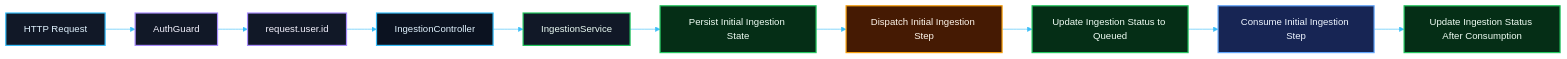
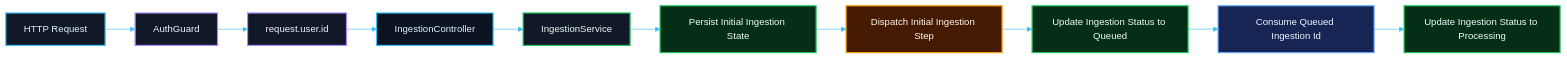
One commit to matheusdiamantino-betalent/questions-ai changed the diagram in PR 11 — Fase 1: Primeiro Consumo Operacional da Ingestion.md. Above: the diagram before and after it, drawn with Mermaid. The commit also changed other lines of this file, not shown here.

Commit message:
Update PR 11 — Fase 1: Primeiro Consumo Operacional da Ingestion.md

````diff
--- a/PR 11 — Fase 1: Primeiro Consumo Operacional da Ingestion.md
+++ b/PR 11 — Fase 1: Primeiro Consumo Operacional da Ingestion.md
@@ -157,35 +183,35 @@
 ```mermaid
 %%{init: {
   "theme": "base",
   "themeVariables": {
     "background": "#0b1020",
     "primaryColor": "#111827",
     "primaryTextColor": "#e5f0ff",
     "primaryBorderColor": "#22d3ee",
     "lineColor": "#38bdf8",
     "secondaryColor": "#0f172a",
     "tertiaryColor": "#111827",
     "fontFamily": "Inter, Segoe UI, Arial",
     "clusterBkg": "#0f172a",
     "clusterBorder": "#334155"
   }
 }}%%
 flowchart LR
     A[HTTP Request]:::http --> B[AuthGuard]:::auth
     B --> C[request.user.id]:::auth
     C --> D[IngestionController]:::controller
     D --> E[IngestionService]:::service
     E --> F[Persist Initial Ingestion State]:::database
     F --> G[Dispatch Initial Ingestion Step]:::redis
     G --> H[Update Ingestion Status to Queued]:::database
-    H --> I[Consume Initial Ingestion Step]:::consumer
-    I --> J[Update Ingestion Status After Consumption]:::database
+    H --> I[Consume Queued Ingestion Id]:::consumer
+    I --> J[Update Ingestion Status to Processing]:::database
 
     classDef http fill:#111827,stroke:#38bdf8,color:#e0f2fe,stroke-width:2px;
     classDef auth fill:#111827,stroke:#a78bfa,color:#f5f3ff,stroke-width:2px;
     classDef controller fill:#0b1220,stroke:#38bdf8,color:#e0f2fe,stroke-width:2px;
     classDef service fill:#111827,stroke:#22c55e,color:#ecfdf5,stroke-width:2px;
     classDef database fill:#052e16,stroke:#22c55e,color:#f0fdf4,stroke-width:2px;
     classDef redis fill:#451a03,stroke:#f59e0b,color:#fff7ed,stroke-width:2px;
     classDef consumer fill:#172554,stroke:#60a5fa,color:#eff6ff,stroke-width:2px;
 ```
````
